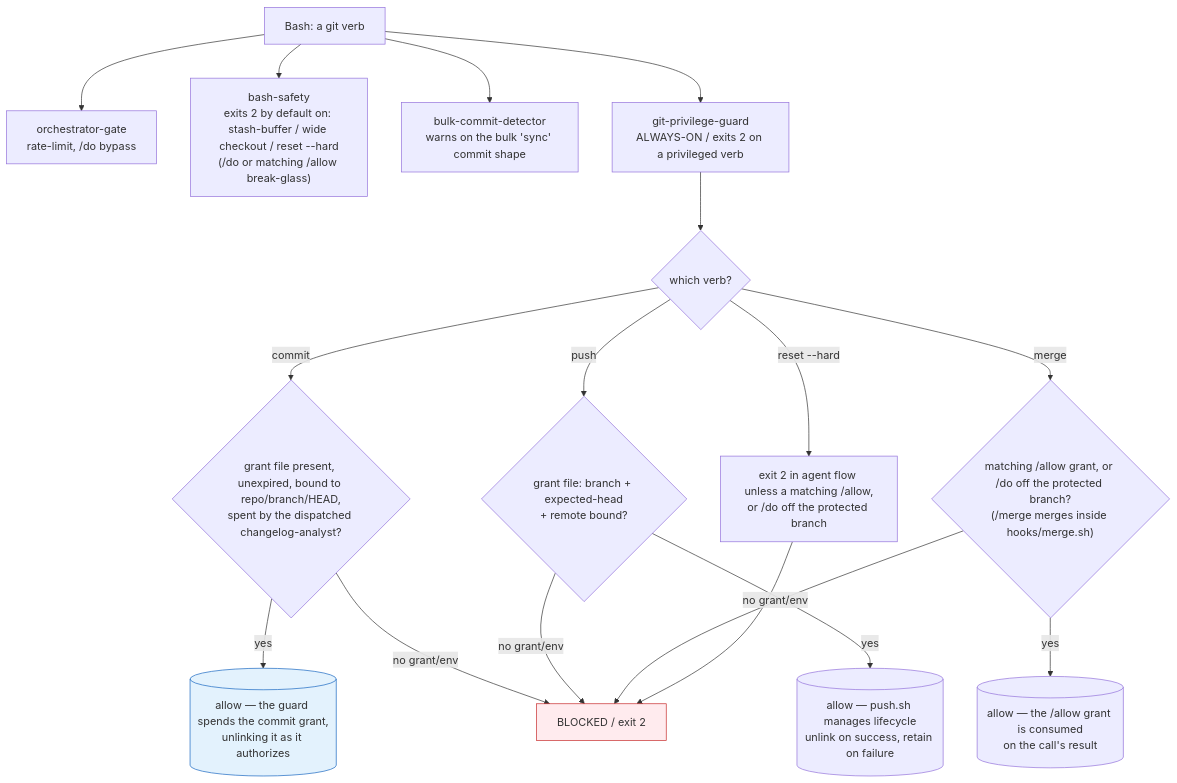
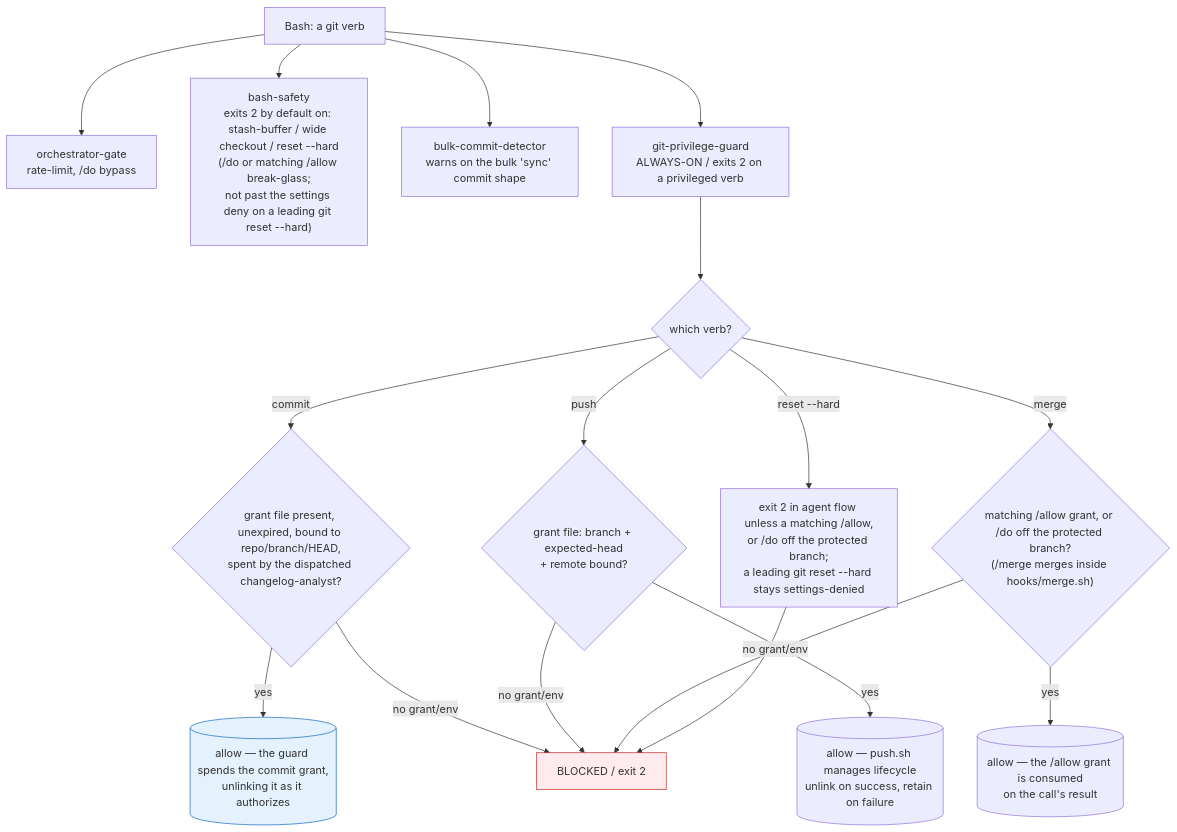
Before and after one commit to Yugoge/awesome-claude-harness: the diagram in docs/git-protection-kernel.md, drawn with Mermaid. The commit also changed other lines of this file and 11 other files, not shown here.

````diff
--- a/docs/git-protection-kernel.md
+++ b/docs/git-protection-kernel.md
@@ -19,24 +19,24 @@
 ```mermaid
 flowchart TD
     B[Bash: a git verb] --> H1[orchestrator-gate<br/>rate-limit, /do bypass]
-    B --> H2["bash-safety<br/>exits 2 by default on: stash-buffer / wide checkout / reset --hard<br/>(/do or matching /allow break-glass)"]
+    B --> H2["bash-safety<br/>exits 2 by default on: stash-buffer / wide checkout / reset --hard<br/>(/do or matching /allow break-glass;<br/>not past the settings deny on a leading git reset --hard)"]
     B --> H3[bulk-commit-detector<br/>warns on the bulk 'sync' commit shape]
     B --> H4[git-privilege-guard<br/>ALWAYS-ON / exits 2 on a privileged verb]
 
     H4 --> C{which verb?}
     C -->|commit| G1{"grant file present, unexpired, bound to repo/branch/HEAD,<br/>spent by the dispatched changelog-analyst?"}
     C -->|push| G2{grant file: branch + expected-head<br/>+ remote bound?}
     C -->|merge| G3{"matching /allow grant, or /do off the protected branch?<br/>(/merge merges inside hooks/merge.sh)"}
-    C -->|reset --hard| G4["exit 2 in agent flow unless a matching /allow,<br/>or /do off the protected branch"]
+    C -->|reset --hard| G4["exit 2 in agent flow unless a matching /allow,<br/>or /do off the protected branch;<br/>a leading git reset --hard stays settings-denied"]
 
     G1 -->|yes| OK[(allow — the guard spends the commit grant,<br/>unlinking it as it authorizes)]
     G2 -->|yes| OK2[(allow — push.sh manages lifecycle<br/>unlink on success, retain on failure)]
     G3 -->|yes| OK3[(allow — the /allow grant is consumed<br/>on the call's result)]
     G1 & G2 & G3 -->|no grant/env| NO[BLOCKED / exit 2]
     G4 --> NO
 
     classDef block fill:#ffebee,stroke:#c62828
     classDef ok fill:#e3f2fd,stroke:#1565c0
     class NO block
     class OK ok
 ```
````
